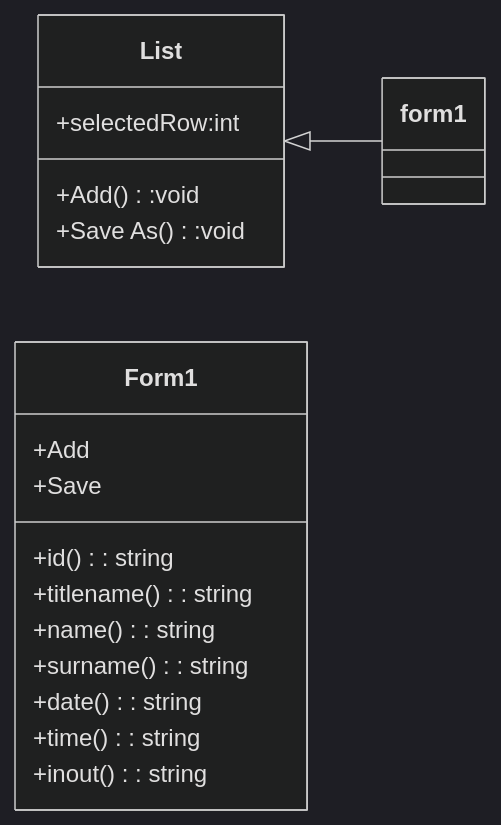
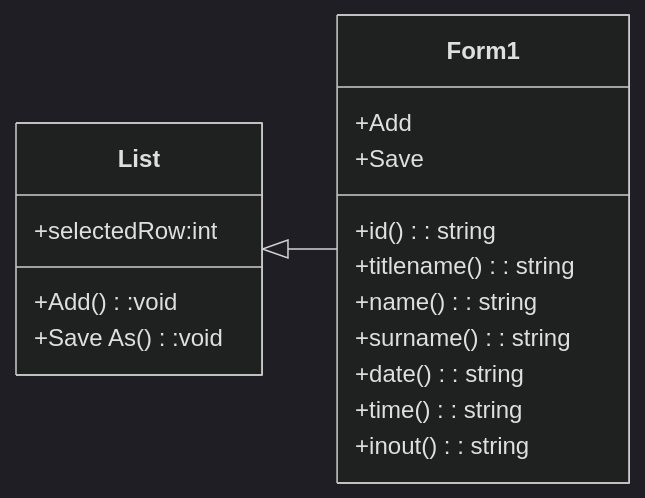
The diagram in README.md (kongphop3212/Final-Project-Assignment), drawn with Mermaid (dark theme) before and after one commit.

````diff
--- a/README.md
+++ b/README.md
@@ -9,21 +9,21 @@
 ```mermaid
 classDiagram
-  List <|--form1
+  List <|--Form1
   direction LR
   class List{
   +selectedRow:int
   +Add():void
   +Save As():void
   }
   class Form1{
   +Add
   +Save
   +id() : string
   +titlename() : string
   +name() : string
   +surname() : string
   +date() : string
   +time() : string
   +inout() : string
   }
 ```
````
